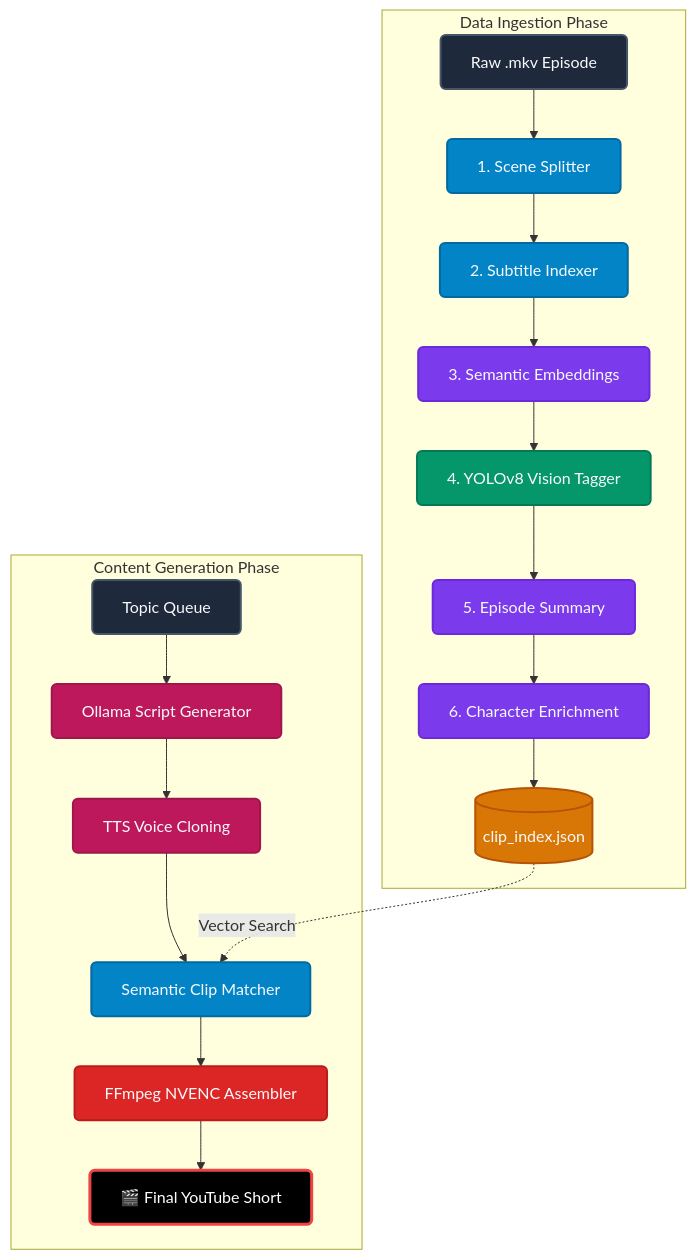
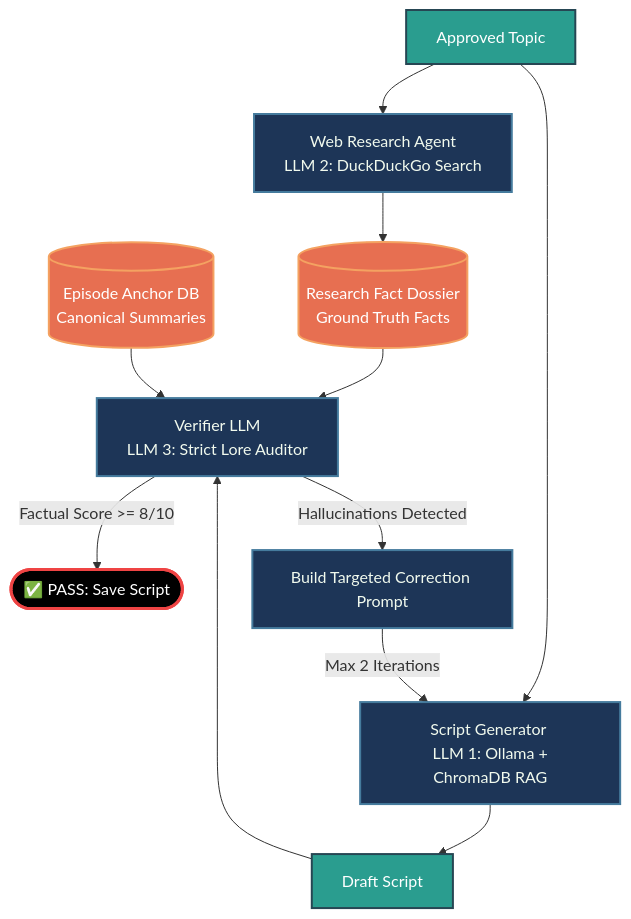
Before and after one commit to KanishkDevCode/YT_Automation_AI: the second of 2 diagrams in README.md, drawn with Mermaid. The commit also changed other lines of this file, not shown here.

Commit message:
docs: Inject highly detailed Mermaid flowcharts for RAG vectorization and Multi-Agent LLM workflows

````diff
--- a/README.md
+++ b/README.md
@@ -36,30 +91,21 @@
 ```mermaid
-graph TD;
-    classDef raw fill:#1E293B,stroke:#475569,stroke-width:2px,color:#F8FAFC,rx:5px,ry:5px;
-    classDef process fill:#0284C7,stroke:#0369A1,stroke-width:2px,color:#F8FAFC,rx:5px,ry:5px;
-    classDef nlp fill:#7C3AED,stroke:#6D28D9,stroke-width:2px,color:#F8FAFC,rx:5px,ry:5px;
-    classDef vision fill:#059669,stroke:#047857,stroke-width:2px,color:#F8FAFC,rx:5px,ry:5px;
-    classDef db fill:#D97706,stroke:#B45309,stroke-width:2px,color:#F8FAFC,rx:15px,ry:15px;
-    classDef generate fill:#BE185D,stroke:#9D174D,stroke-width:2px,color:#F8FAFC,rx:5px,ry:5px;
-    classDef render fill:#DC2626,stroke:#B91C1C,stroke-width:2px,color:#F8FAFC,rx:5px,ry:5px;
+flowchart TD
+    classDef script fill:#1d3557,stroke:#457b9d,stroke-width:2px,color:#f1faee;
+    classDef data fill:#2a9d8f,stroke:#264653,stroke-width:2px,color:#ffffff;
+    classDef db fill:#e76f51,stroke:#f4a261,stroke-width:2px,color:#ffffff;
     classDef final fill:#000000,stroke:#EF4444,stroke-width:3px,color:#FFFFFF,rx:5px,ry:5px;
 
-    subgraph Data Ingestion Phase
-        A[Raw .mkv Episode]:::raw --> B[1. Scene Splitter]:::process
-        B --> C[2. Subtitle Indexer]:::process
-        C --> D[3. Semantic Embeddings]:::nlp
-        D --> E[4. YOLOv8 Vision Tagger]:::vision
-        E --> F[5. Episode Summary]:::nlp
-        F --> G[6. Character Enrichment]:::nlp
-        G --> H[(clip_index.json)]:::db
-    end
+    T[Approved Topic]:::data --> W[Web Research Agent <br/> LLM 2: DuckDuckGo Search]:::script
+    W --> RD[(Research Fact Dossier <br/> Ground Truth Facts)]:::db
+    
+    T --> SG[Script Generator <br/> LLM 1: Ollama + ChromaDB RAG]:::script
+    SG --> DRAFT[Draft Script]:::data
+    
+    RD --> V[Verifier LLM <br/> LLM 3: Strict Lore Auditor]:::script
+    DRAFT --> V
+    EP[(Episode Anchor DB <br/> Canonical Summaries)]:::db --> V
 
-    subgraph Content Generation Phase
-        I[Topic Queue]:::raw --> J[Ollama Script Generator]:::generate
-        J --> K[TTS Voice Cloning]:::generate
-        K --> L[Semantic Clip Matcher]:::process
-        H -.->|Vector Search| L
-        L --> M[FFmpeg NVENC Assembler]:::render
-        M --> N[🎬 Final YouTube Short]:::final
-    end
+    V -->|Factual Score >= 8/10| PASS([✅ PASS: Save Script]):::final
+    V -->|Hallucinations Detected| CORR[Build Targeted Correction Prompt]:::script
+    CORR -->|Max 2 Iterations| SG
 ```
````
